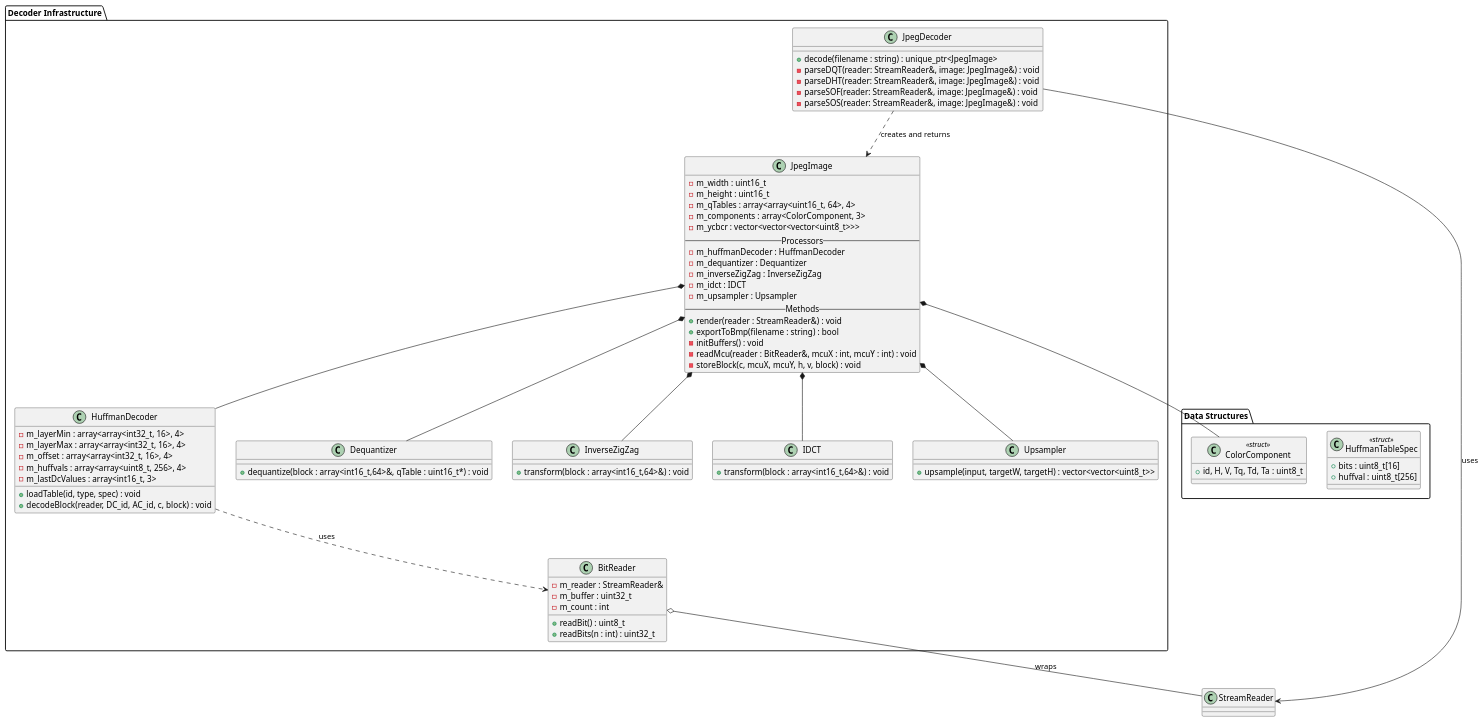
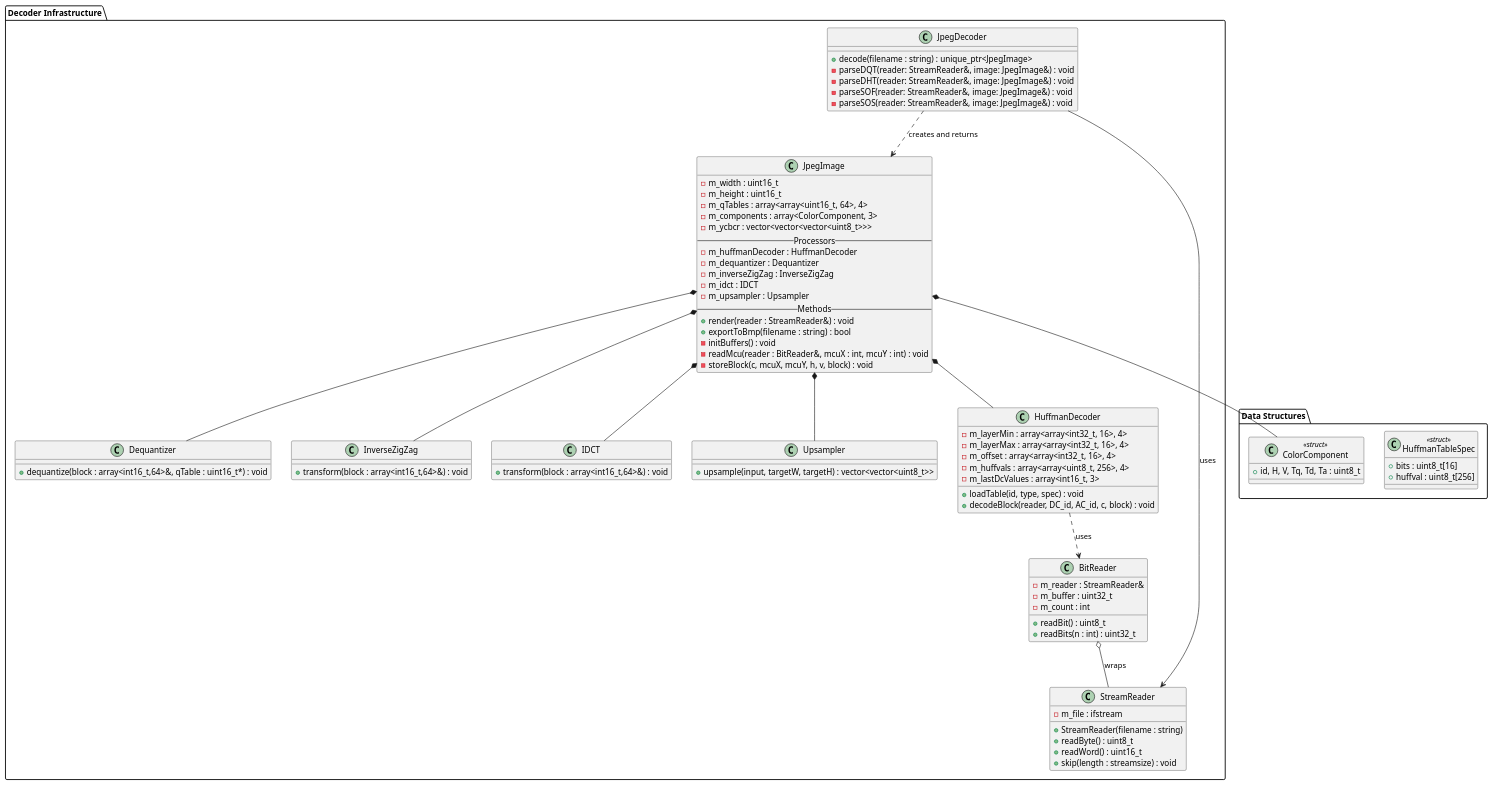
Before and after one commit to SaChiShark/baseline_jpeg_decoder: the diagram in docs/class_diagram.pu, drawn with PlantUML. The commit also changed 3 other files, not shown here.

Commit message:
feat: implement HuffmanDecoder class and add class diagram documentation

```diff
--- a/docs/class_diagram.pu
+++ b/docs/class_diagram.pu
@@ -1,92 +1,100 @@
 @startuml
 
 package "Decoder Infrastructure" {
     class JpegDecoder {
         + decode(filename : string) : unique_ptr<JpegImage>
         - parseDQT(reader: StreamReader&, image: JpegImage&) : void
         - parseDHT(reader: StreamReader&, image: JpegImage&) : void
         - parseSOF(reader: StreamReader&, image: JpegImage&) : void
         - parseSOS(reader: StreamReader&, image: JpegImage&) : void
     }
 
     class JpegImage {
         - m_width : uint16_t
         - m_height : uint16_t
         - m_qTables : array<array<uint16_t, 64>, 4>
         - m_components : array<ColorComponent, 3>
         - m_ycbcr : vector<vector<vector<uint8_t>>>
         -- Processors --
         - m_huffmanDecoder : HuffmanDecoder
         - m_dequantizer : Dequantizer
         - m_inverseZigZag : InverseZigZag
         - m_idct : IDCT
         - m_upsampler : Upsampler
         -- Methods --
         + render(reader : StreamReader&) : void
         + exportToBmp(filename : string) : bool
         - initBuffers() : void
         - readMcu(reader : BitReader&, mcuX : int, mcuY : int) : void
         - storeBlock(c, mcuX, mcuY, h, v, block) : void
+    }
+
+    class StreamReader {
+        - m_file : ifstream
+        + StreamReader(filename : string)
+        + readByte() : uint8_t
+        + readWord() : uint16_t
+        + skip(length : streamsize) : void
     }
 
     class BitReader {
         - m_reader : StreamReader&
         - m_buffer : uint32_t
         - m_count : int
         + readBit() : uint8_t
         + readBits(n : int) : uint32_t
     }
 
     class HuffmanDecoder {
         - m_layerMin : array<array<int32_t, 16>, 4>
         - m_layerMax : array<array<int32_t, 16>, 4>
         - m_offset : array<array<int32_t, 16>, 4>
         - m_huffvals : array<array<uint8_t, 256>, 4>
         - m_lastDcValues : array<int16_t, 3>
         + loadTable(id, type, spec) : void
         + decodeBlock(reader, DC_id, AC_id, c, block) : void
     }
 
     class Dequantizer {
         + dequantize(block : array<int16_t,64>&, qTable : uint16_t*) : void
     }
 
     class InverseZigZag {
         + transform(block : array<int16_t,64>&) : void
     }
 
     class IDCT {
         + transform(block : array<int16_t,64>&) : void
     }
 
     class Upsampler {
         + upsample(input, targetW, targetH) : vector<vector<uint8_t>>
     }
 }
 
 package "Data Structures" {
     class HuffmanTableSpec <<struct>> {
         + bits : uint8_t[16]
         + huffval : uint8_t[256]
     }
 
     class ColorComponent <<struct>> {
         + id, H, V, Tq, Td, Ta : uint8_t
     }
 }
 
 ' Relationships
 JpegDecoder ..> JpegImage : "creates and returns"
 JpegDecoder --> StreamReader : "uses"
 
 JpegImage *-- ColorComponent
 JpegImage *-- HuffmanDecoder
 JpegImage *-- Dequantizer
 JpegImage *-- InverseZigZag
 JpegImage *-- IDCT
 JpegImage *-- Upsampler
 
 HuffmanDecoder ..> BitReader : "uses"
 BitReader o-- StreamReader : "wraps"
 
 @enduml
```
